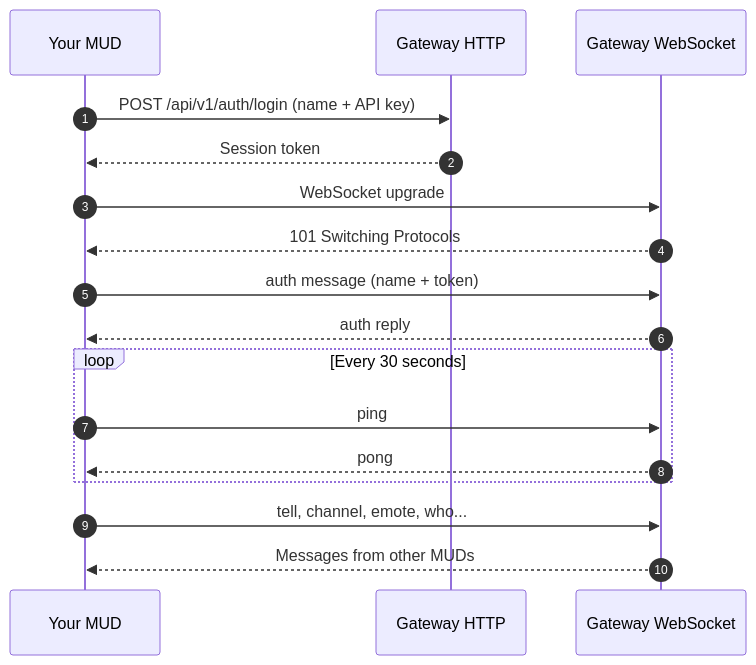
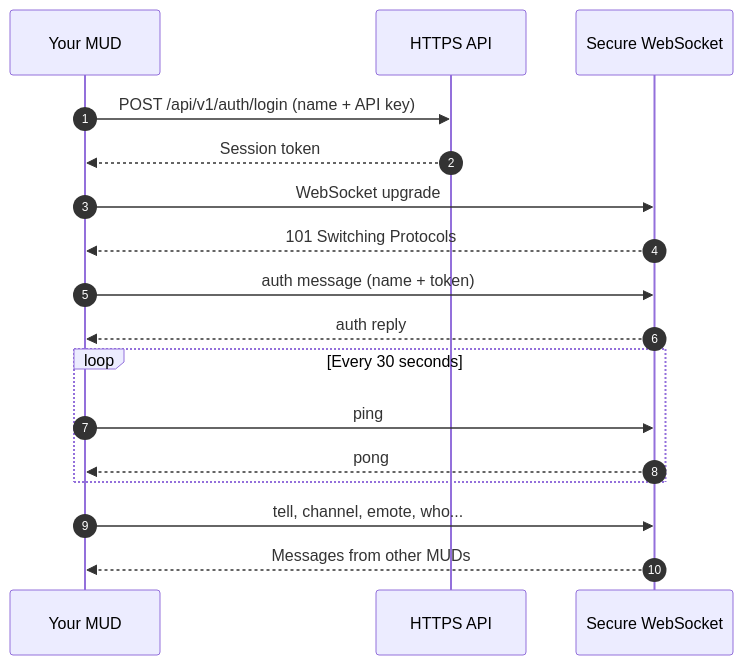
One commit to Coffee-Nerd/MudVault-Mesh changed the diagram in README.md. Above: the diagram before and after it, drawn with Mermaid. The commit also changed other lines of this file and 2 other files, not shown here.

````diff
--- a/README.md
+++ b/README.md
@@ -71,19 +71,19 @@
 ```mermaid
 sequenceDiagram
     autonumber
     participant M as Your MUD
-    participant H as Gateway HTTP
-    participant W as Gateway WebSocket
+    participant H as HTTPS API
+    participant W as Secure WebSocket
     M->>H: POST /api/v1/auth/login (name + API key)
     H-->>M: Session token
     M->>W: WebSocket upgrade
     W-->>M: 101 Switching Protocols
     M->>W: auth message (name + token)
     W-->>M: auth reply
     loop Every 30 seconds
         M->>W: ping
         W-->>M: pong
     end
     M->>W: tell, channel, emote, who...
     W-->>M: Messages from other MUDs
 ```
````
